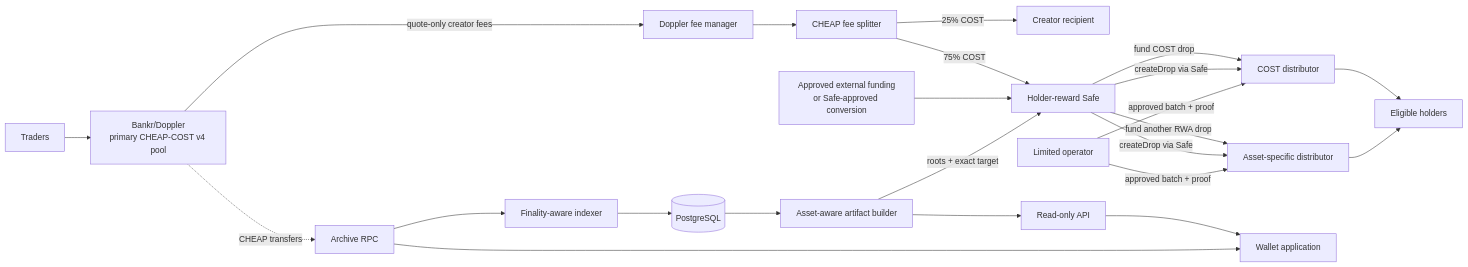
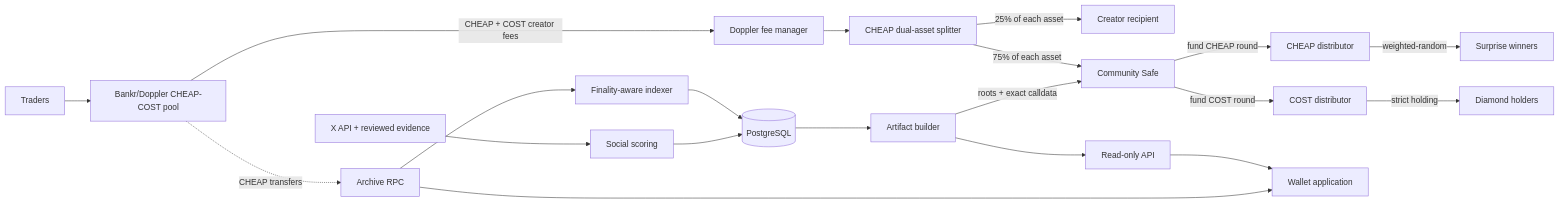
One commit to Cheap-Coin/protocol changed the diagram in docs/ARCHITECTURE.md. Above: the diagram before and after it, drawn with Mermaid. The commit also changed other lines of this file and 32 other files, not shown here.

````diff
--- a/docs/ARCHITECTURE.md
+++ b/docs/ARCHITECTURE.md
@@ -7,27 +7,24 @@
 ```mermaid
 flowchart LR
-  T[Traders] --> P[Bankr/Doppler<br/>primary CHEAP-COST v4 pool]
-  P -->|quote-only creator fees| F[Doppler fee manager]
-  F --> S[CHEAP fee splitter]
-  S -->|25% COST| C[Creator recipient]
-  S -->|75% COST| H[Holder-reward Safe]
+  T[Traders] --> P[Bankr/Doppler CHEAP-COST pool]
+  P -->|CHEAP + COST creator fees| F[Doppler fee manager]
+  F --> S[CHEAP dual-asset splitter]
+  S -->|25% of each asset| C[Creator recipient]
+  S -->|75% of each asset| H[Community Safe]
 
-  H -->|fund COST drop| DC[COST distributor]
-  X[Approved external funding<br/>or Safe-approved conversion] --> H
-  H -->|fund another RWA drop| DR[Asset-specific distributor]
-  DC --> U[Eligible holders]
-  DR --> U
+  H -->|fund CHEAP round| DS[CHEAP distributor]
+  H -->|fund COST round| DD[COST distributor]
+  DS -->|weighted-random| U[Surprise winners]
+  DD -->|strict holding| V[Diamond holders]
 
+  X[X API + reviewed evidence] --> SC[Social scoring]
   P -. CHEAP transfers .-> R[Archive RPC]
   R --> I[Finality-aware indexer]
   I --> DB[(PostgreSQL)]
-  DB --> A[Asset-aware artifact builder]
-  A -->|roots + exact target| H
+  SC --> DB
+  DB --> A[Artifact builder]
+  A -->|roots + exact calldata| H
   A --> API[Read-only API]
   API --> W[Wallet application]
   R --> W
-  H -->|createDrop via Safe| DC
-  H -->|createDrop via Safe| DR
-  O[Limited operator] -->|approved batch + proof| DC
-  O -->|approved batch + proof| DR
 ```
````
